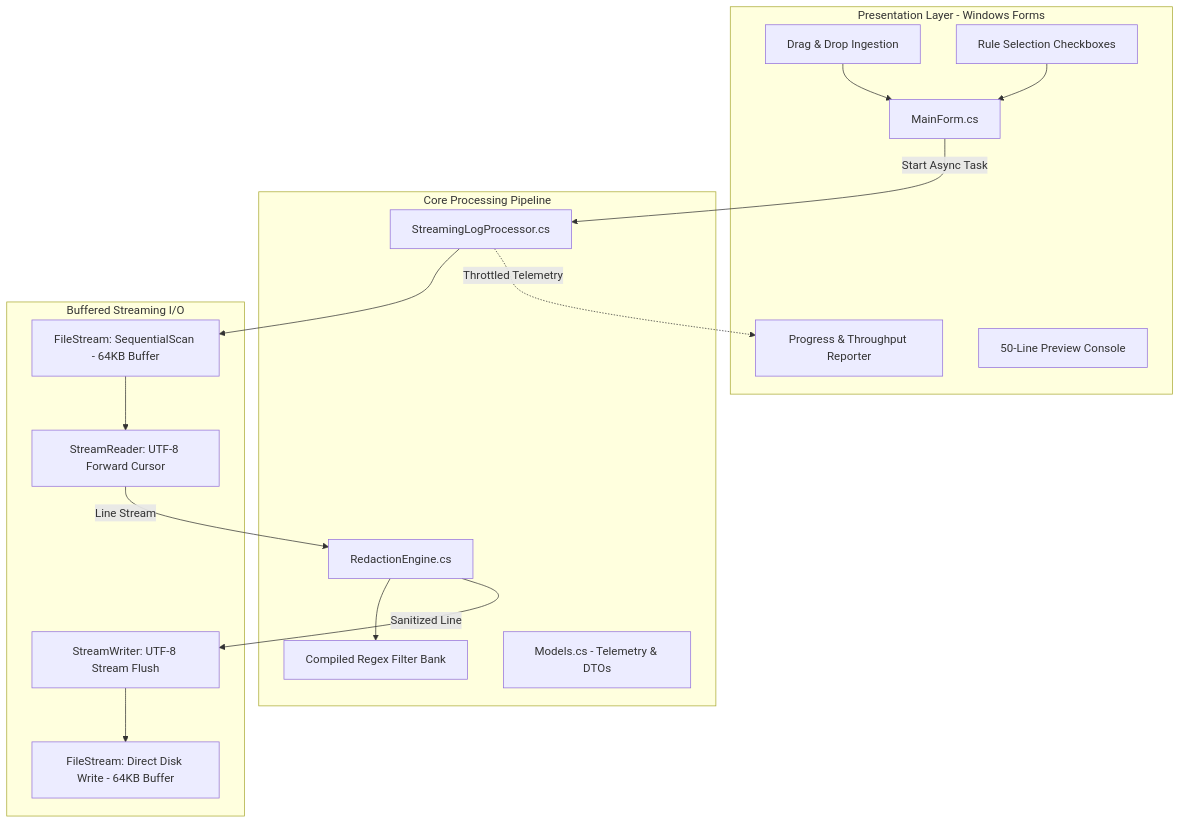
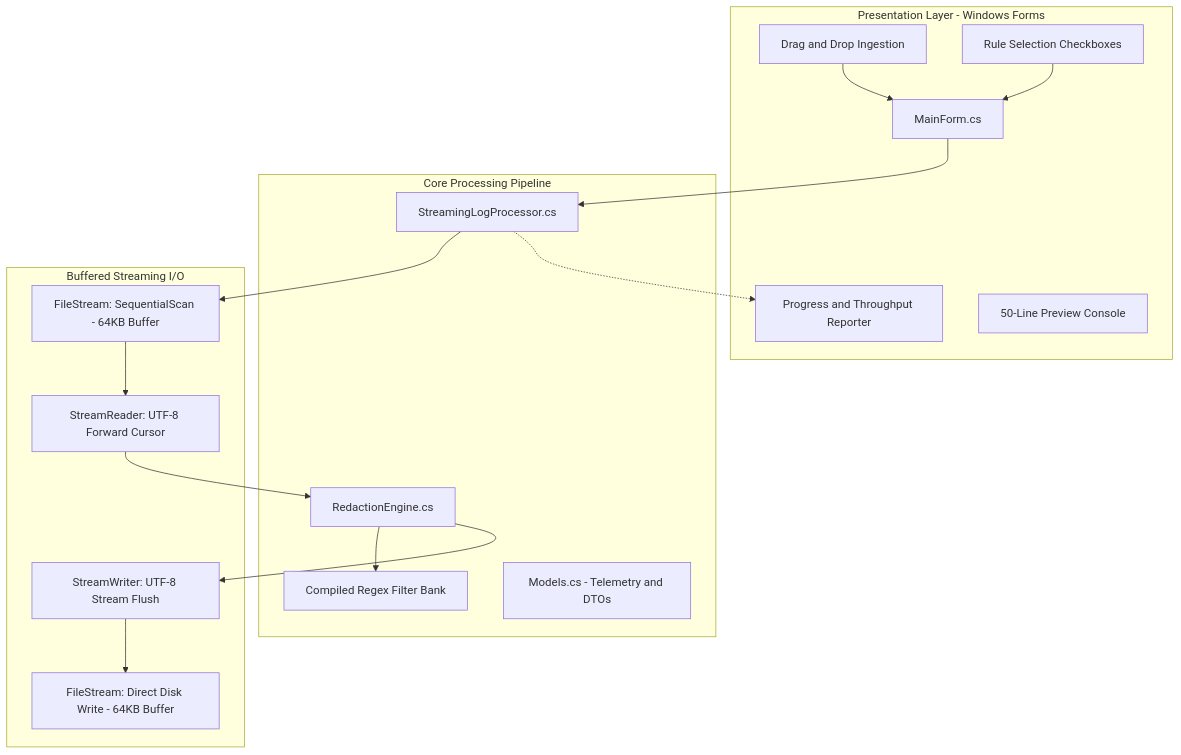
Before and after one commit to bishwajitprasadgond/Log-Redactor: the first of 4 diagrams in README.md, drawn with Mermaid. The commit also changed other lines of this file and 4 other files, not shown here.

````diff
--- a/README.md
+++ b/README.md
@@ -13,35 +13,35 @@
 ```mermaid
 graph TD
     subgraph UI_Layer [Presentation Layer - Windows Forms]
         MainForm[MainForm.cs]
-        DropZone[Drag & Drop Ingestion]
+        DropZone[Drag and Drop Ingestion]
         OptionsCard[Rule Selection Checkboxes]
-        ProgressTelemetry[Progress & Throughput Reporter]
+        ProgressTelemetry[Progress and Throughput Reporter]
         PreviewConsole[50-Line Preview Console]
     end
 
     subgraph Core_Engine [Core Processing Pipeline]
         Processor[StreamingLogProcessor.cs]
         Engine[RedactionEngine.cs]
         RulesBank[Compiled Regex Filter Bank]
-        Models[Models.cs - Telemetry & DTOs]
+        Models[Models.cs - Telemetry and DTOs]
     end
 
     subgraph IO_Layer [Buffered Streaming I/O]
         InStream[FileStream: SequentialScan - 64KB Buffer]
         Reader[StreamReader: UTF-8 Forward Cursor]
         Writer[StreamWriter: UTF-8 Stream Flush]
         OutStream[FileStream: Direct Disk Write - 64KB Buffer]
     end
 
     DropZone --> MainForm
     OptionsCard --> MainForm
-    MainForm -->|Start Async Task| Processor
+    MainForm --> Processor
     Processor --> InStream
     InStream --> Reader
-    Reader -->|Line Stream| Engine
+    Reader --> Engine
     Engine --> RulesBank
-    Engine -->|Sanitized Line| Writer
+    Engine --> Writer
     Writer --> OutStream
-    Processor -.->|Throttled Telemetry| ProgressTelemetry
+    Processor -.-> ProgressTelemetry
 ```
````
